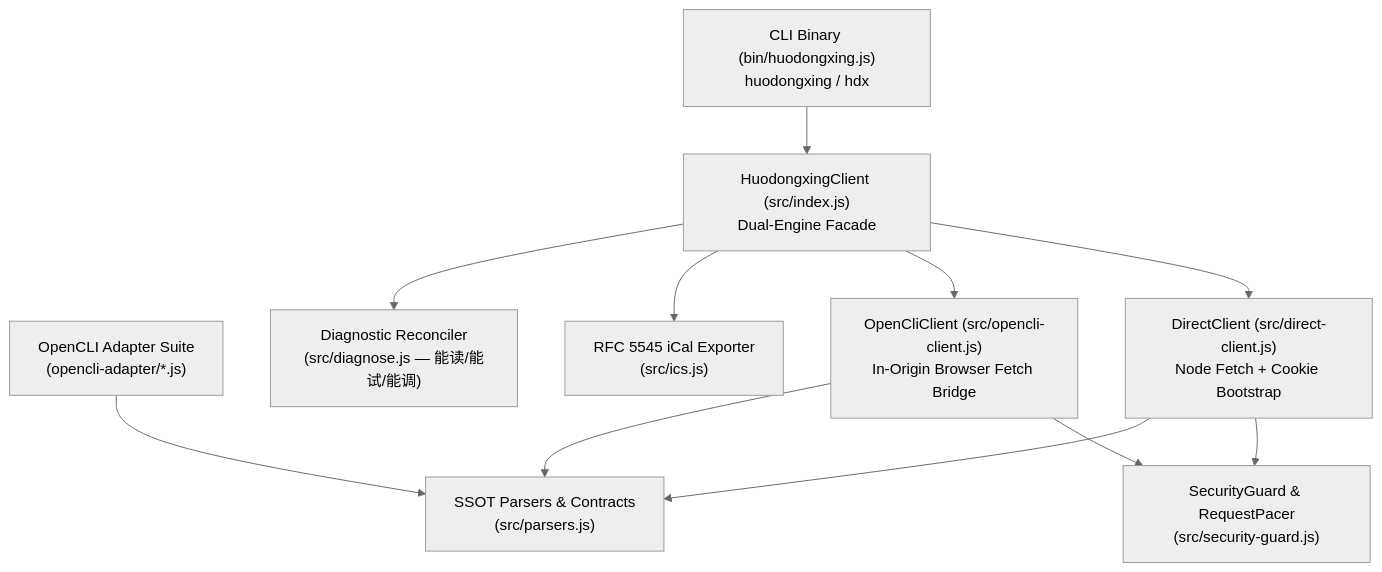
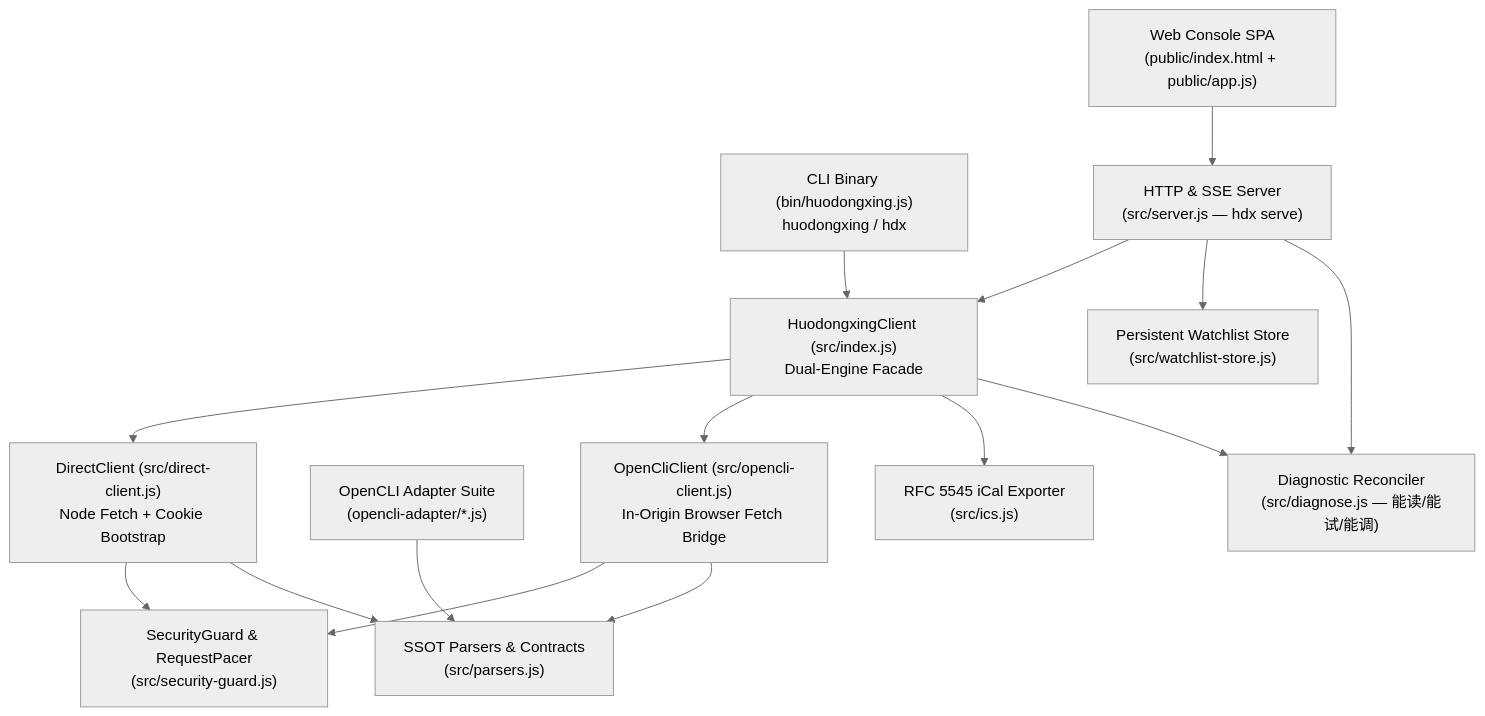
Before and after one commit to vecyang1/huodongxing-cli: the diagram in docs/architecture.md, drawn with Mermaid (neutral theme). The commit also changed other lines of this file and 25 other files, not shown here.

Commit message:
feat(v1.1.0): regional recommendation engine (佛山·广州·深圳), watchlist SSOT, and Web Inspector Console

````diff
--- a/docs/architecture.md
+++ b/docs/architecture.md
@@ -7,13 +7,17 @@
 ```mermaid
 flowchart TD
   CLI["CLI Binary (bin/huodongxing.js)\nhuodongxing / hdx"] --> Client["HuodongxingClient (src/index.js)\nDual-Engine Facade"]
+  WebUI["Web Console SPA\n(public/index.html + public/app.js)"] --> Server["HTTP & SSE Server\n(src/server.js — hdx serve)"]
+  Server --> Client
+  Server --> Watchlist["Persistent Watchlist Store\n(src/watchlist-store.js)"]
+  Server --> Diag["Diagnostic Reconciler\n(src/diagnose.js — 能读/能试/能调)"]
   OpenCLI["OpenCLI Adapter Suite\n(opencli-adapter/*.js)"] --> Parsers["SSOT Parsers & Contracts\n(src/parsers.js)"]
   Client --> Direct["DirectClient (src/direct-client.js)\nNode Fetch + Cookie Bootstrap"]
   Client --> Bridge["OpenCliClient (src/opencli-client.js)\nIn-Origin Browser Fetch Bridge"]
   Direct --> Guard["SecurityGuard & RequestPacer\n(src/security-guard.js)"]
   Bridge --> Guard
   Direct --> Parsers
   Bridge --> Parsers
   Client --> ICS["RFC 5545 iCal Exporter\n(src/ics.js)"]
-  Client --> Diag["Diagnostic Reconciler\n(src/diagnose.js — 能读/能试/能调)"]
+  Client --> Diag
 ```
````
